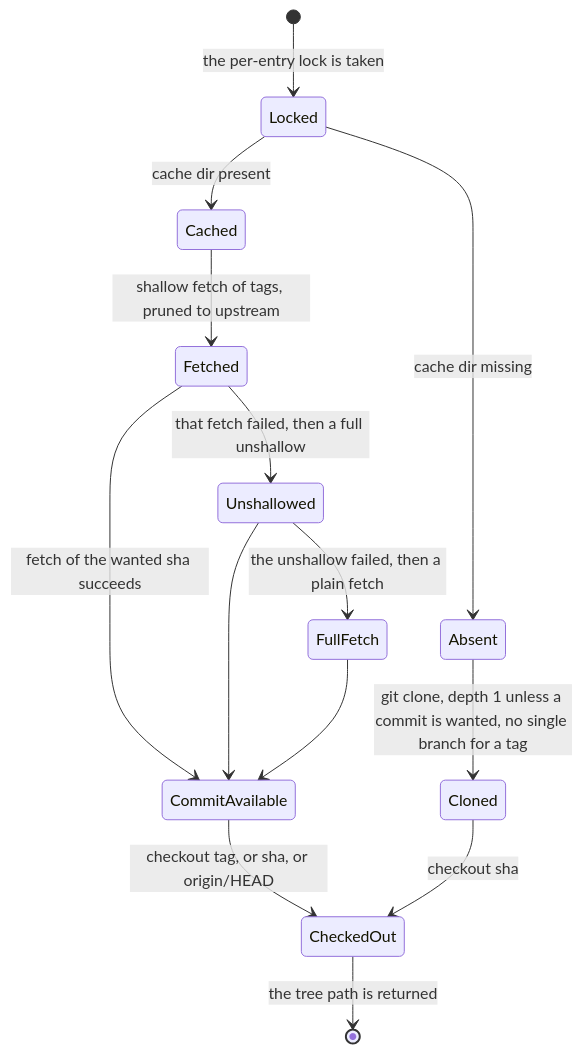
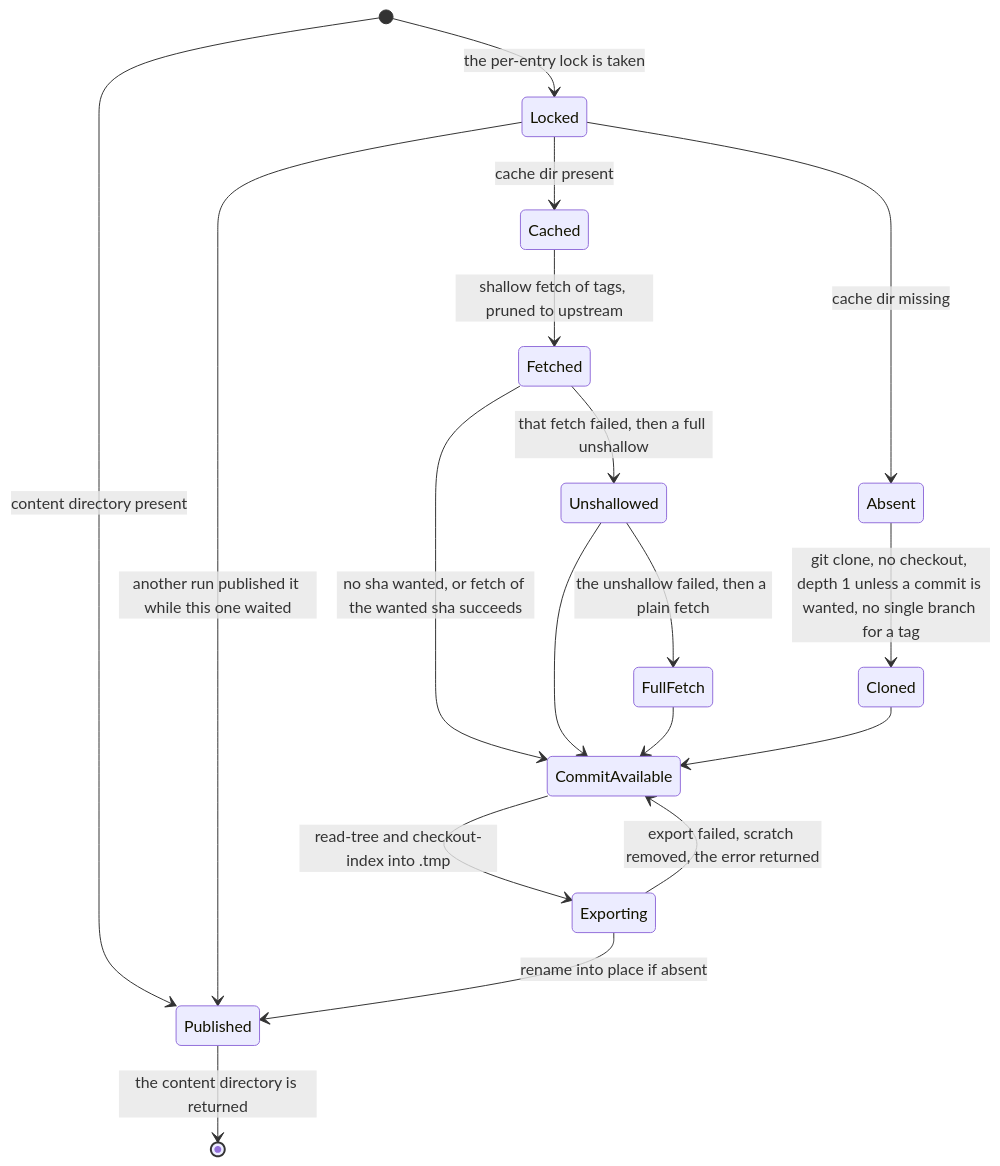
The first of 2 diagrams in src/source/.context/state-machines.md (haowjy/mars-agents), drawn with Mermaid before and after one commit. The commit also changed other lines of this file and 21 other files, not shown here.

First line of the commit message:
fix: give each fetched commit its own content directory

````diff
--- a/src/source/.context/state-machines.md
+++ b/src/source/.context/state-machines.md
@@ -15,16 +19,20 @@
 ```mermaid
 stateDiagram-v2
+  [*] --> Published: content directory present
   [*] --> Locked: the per-entry lock is taken
+  Locked --> Published: another run published it while this one waited
   Locked --> Absent: cache dir missing
   Locked --> Cached: cache dir present
-  Absent --> Cloned: git clone, depth 1 unless a commit is wanted, no single branch for a tag
+  Absent --> Cloned: git clone, no checkout, depth 1 unless a commit is wanted, no single branch for a tag
   Cached --> Fetched: shallow fetch of tags, pruned to upstream
-  Fetched --> CommitAvailable: fetch of the wanted sha succeeds
+  Fetched --> CommitAvailable: no sha wanted, or fetch of the wanted sha succeeds
   Fetched --> Unshallowed: that fetch failed, then a full unshallow
   Unshallowed --> CommitAvailable
   Unshallowed --> FullFetch: the unshallow failed, then a plain fetch
   FullFetch --> CommitAvailable
-  CommitAvailable --> CheckedOut: checkout tag, or sha, or origin/HEAD
-  Cloned --> CheckedOut: checkout sha
-  CheckedOut --> [*]: the tree path is returned
+  Cloned --> CommitAvailable
+  CommitAvailable --> Exporting: read-tree and checkout-index into <key>.tmp
+  Exporting --> Published: rename into place if absent
+  Exporting --> CommitAvailable: export failed, scratch removed, the error returned
+  Published --> [*]: the content directory is returned
 ```
````
